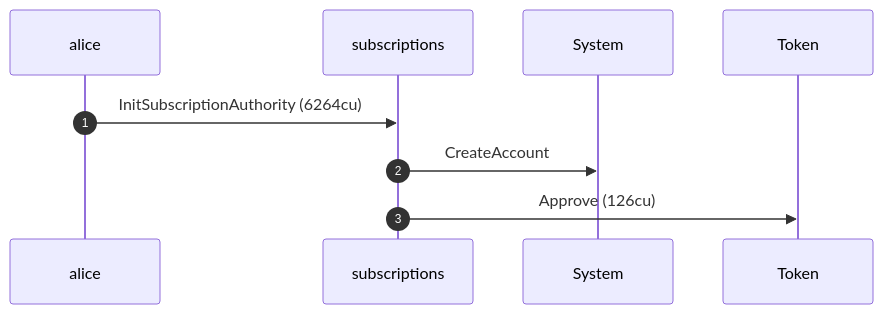
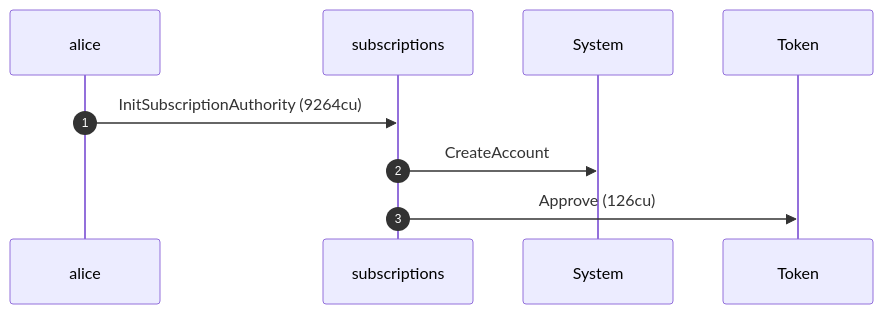
One commit to cds-rs/subscriptions changed the first of 4 diagrams in dsl_tests/close-without-a-receiver-fails-when-a-sponsor-funded.md. Above: the diagram before and after it, drawn with Mermaid. The commit also changed other lines of this file and 224 other files, not shown here.

````diff
--- a/dsl_tests/close-without-a-receiver-fails-when-a-sponsor-funded.md
+++ b/dsl_tests/close-without-a-receiver-fails-when-a-sponsor-funded.md
@@ -23,11 +24,11 @@
 ```mermaid
 sequenceDiagram
     autonumber
     participant alice
     participant subscriptions
     participant System
     participant Token
-    alice ->> subscriptions: InitSubscriptionAuthority (6264cu)
+    alice ->> subscriptions: InitSubscriptionAuthority (9264cu)
     subscriptions ->> System: CreateAccount
     subscriptions ->> Token: Approve (126cu)
 ```
````
